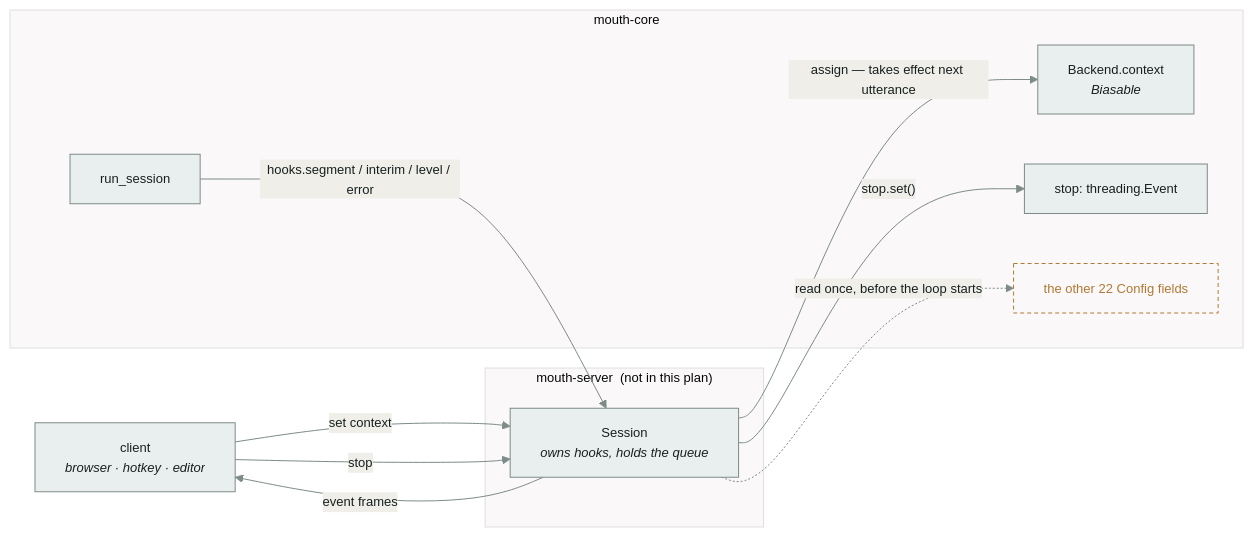
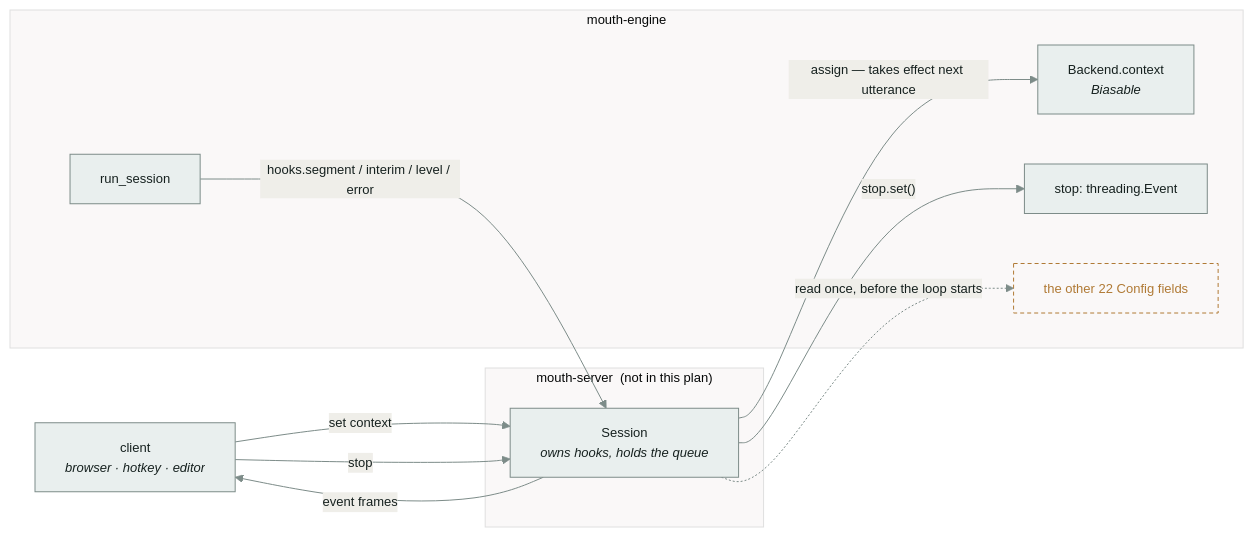
Before and after one commit to apostolos-geyer/mouth: the second of 2 diagrams in docs/plans/2026-08-21-uv-workspace.md, drawn with Mermaid. The commit also changed other lines of this file and 3 other files, not shown here.

````diff
--- a/docs/plans/2026-08-21-uv-workspace.md
+++ b/docs/plans/2026-08-21-uv-workspace.md
@@ -527,27 +532,27 @@
 ```mermaid
 %%{init: {"theme":"base","themeVariables":{"primaryColor":"#e9efee","primaryTextColor":"#16211f","primaryBorderColor":"#7d8c89","lineColor":"#7d8c89","fontFamily":"IBM Plex Mono, ui-monospace, monospace","fontSize":"13px"}}}%%
 graph LR
     client["client<br/><i>browser · hotkey · editor</i>"]
 
     subgraph server["mouth-server &nbsp;(not in this plan)"]
       sess["Session<br/><i>owns hooks, holds the queue</i>"]
     end
 
-    subgraph core["mouth-core"]
+    subgraph engine["mouth-engine"]
       ctx["Backend.context<br/><i>Biasable</i>"]
       stop["stop: threading.Event"]
       run["run_session"]
       cfg["the other 22 Config fields"]
     end
 
     client -->|"set context"| sess
     sess -->|"assign — takes effect next utterance"| ctx
     client -->|"stop"| sess
     sess -->|"stop.set()"| stop
     run -->|"hooks.segment / interim / level / error"| sess
     sess -->|"event frames"| client
     sess -.->|"read once, before the loop starts"| cfg
 
     classDef cold fill:none,stroke:#b07a35,stroke-dasharray:4 3,color:#b07a35;
     class cfg cold;
 ```
````
